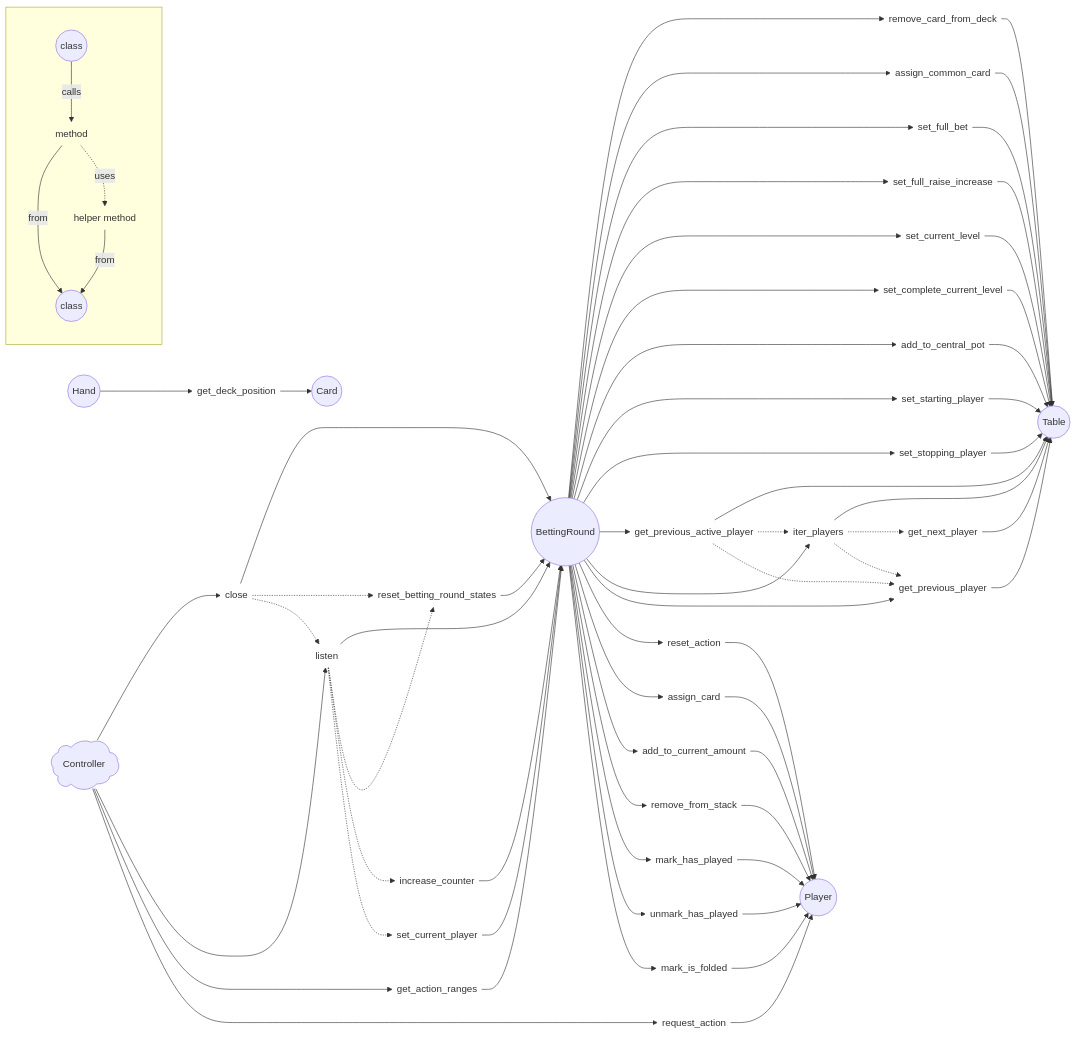
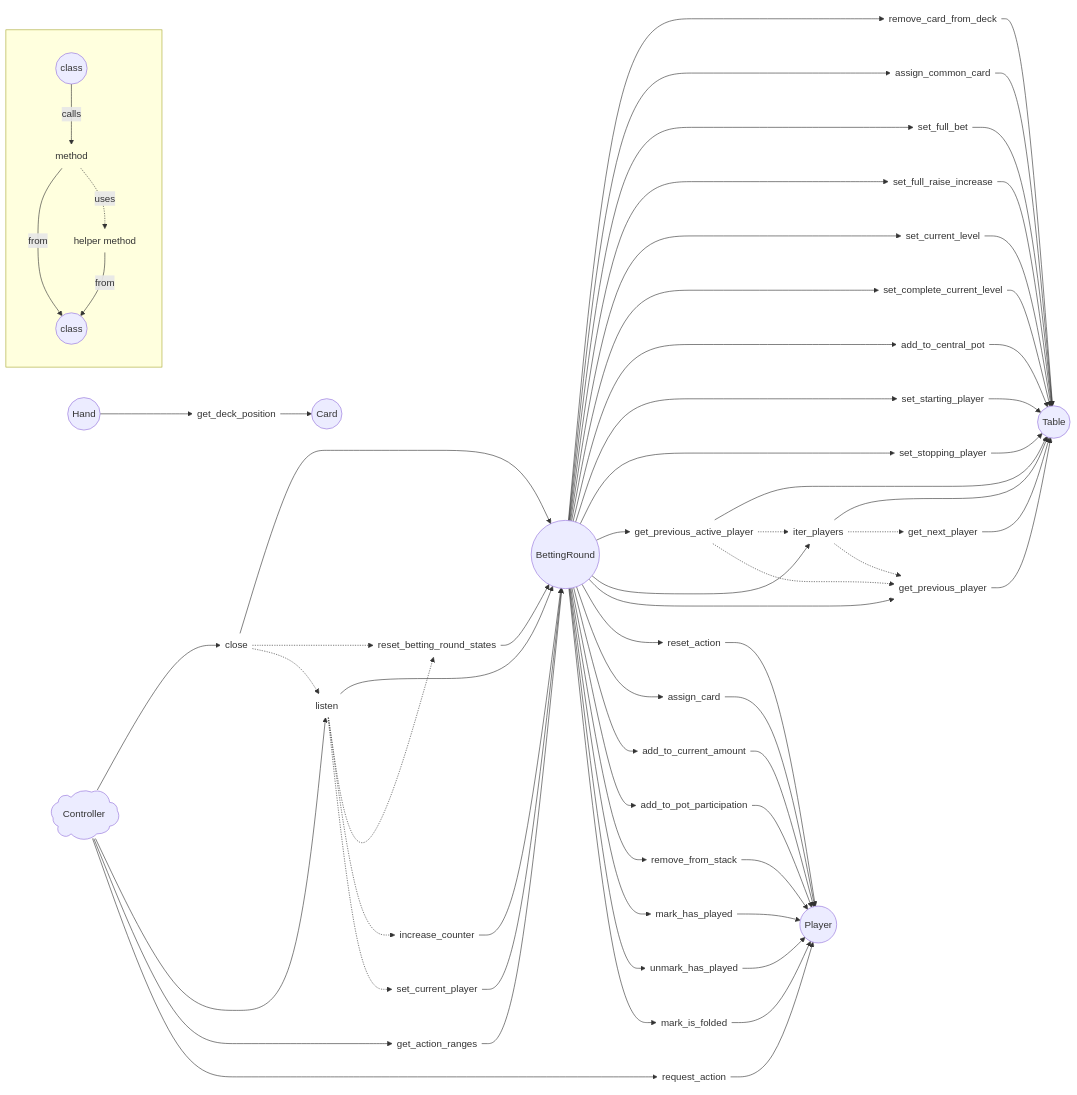
Before and after one commit to jorsaland/pokerpy: the diagram in MODEL.md, drawn with Mermaid.

Commit message:
feat: updated MODEL.md with player set_pot_participation method

```diff
--- a/MODEL.md
+++ b/MODEL.md
@@ -48,6 +48,7 @@
     P.reset_action(reset_action)@{ shape: text } --> P
     P.assign_card(assign_card)@{ shape: text } --> P
     P.add_to_current_amount(add_to_current_amount)@{ shape: text } --> P
+    P.add_to_pot_participation(add_to_pot_participation)@{ shape: text } --> P
     P.remove_from_stack(remove_from_stack)@{ shape: text } --> P
     P.mark_has_played(mark_has_played)@{ shape: text } --> P
     P.unmark_has_played(unmark_has_played)@{ shape: text } --> P
@@ -83,6 +84,7 @@
     BR --> P.reset_action
     BR --> P.assign_card
     BR --> P.add_to_current_amount
+    BR --> P.add_to_pot_participation
     BR --> P.remove_from_stack
     BR --> P.mark_has_played
     BR --> P.unmark_has_played
```
